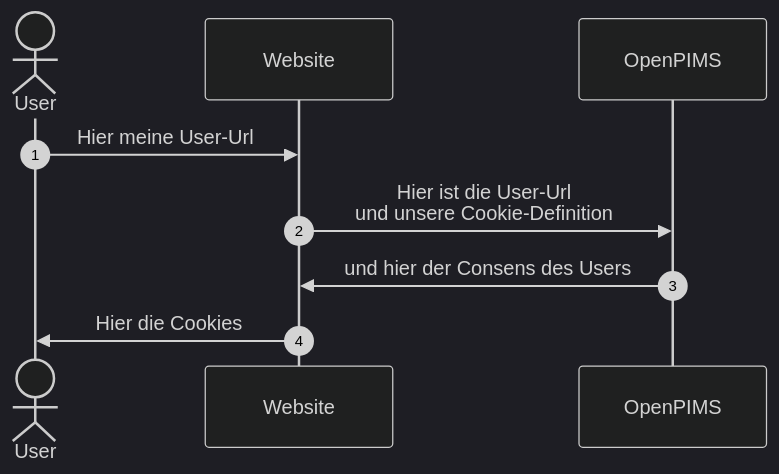
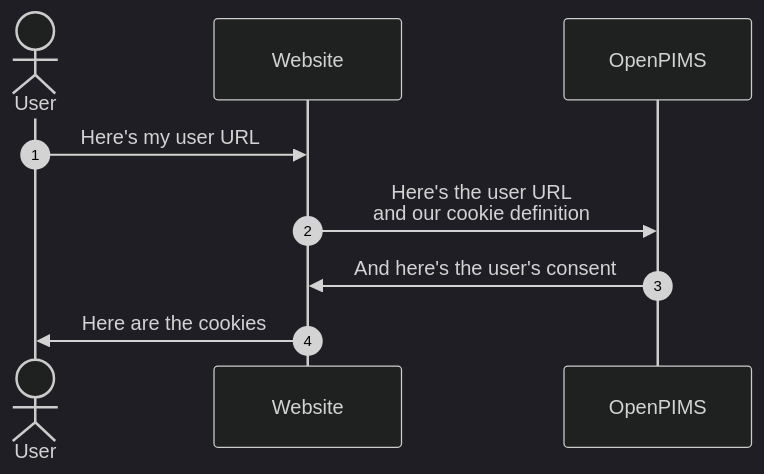
One commit to openpims/openpims changed the third of 3 diagrams in README.md. Above: the diagram before and after it, drawn with Mermaid (dark theme). The commit also changed other lines of this file, not shown here.

````diff
--- a/README.md
+++ b/README.md
@@ -66,9 +50,9 @@
 ```mermaid
   sequenceDiagram
   autonumber
   actor User
-    User->>Website: Hier meine User-Url
-    Website->>OpenPIMS: Hier ist die User-Url<br>und unsere Cookie-Definition
-    OpenPIMS->>Website: und hier der Consens des Users
-    Website->>User: Hier die Cookies
+    User->>Website: Here's my user URL
+    Website->>OpenPIMS: Here's the user URL<br>and our cookie definition
+    OpenPIMS->>Website: And here's the user's consent
+    Website->>User: Here are the cookies
 ```
````
